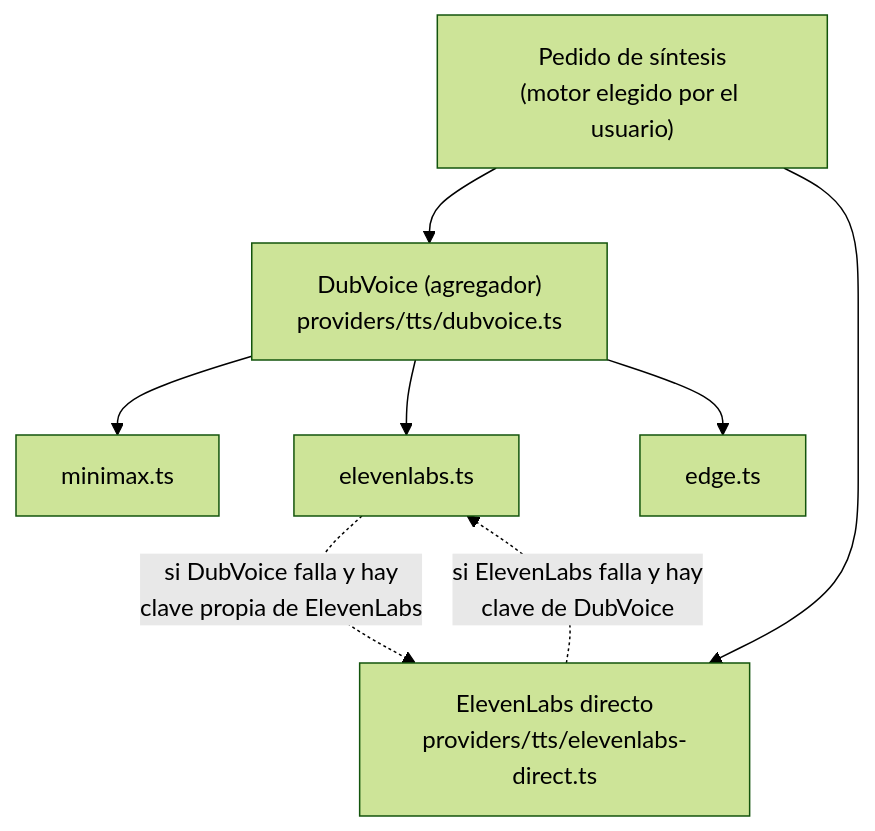
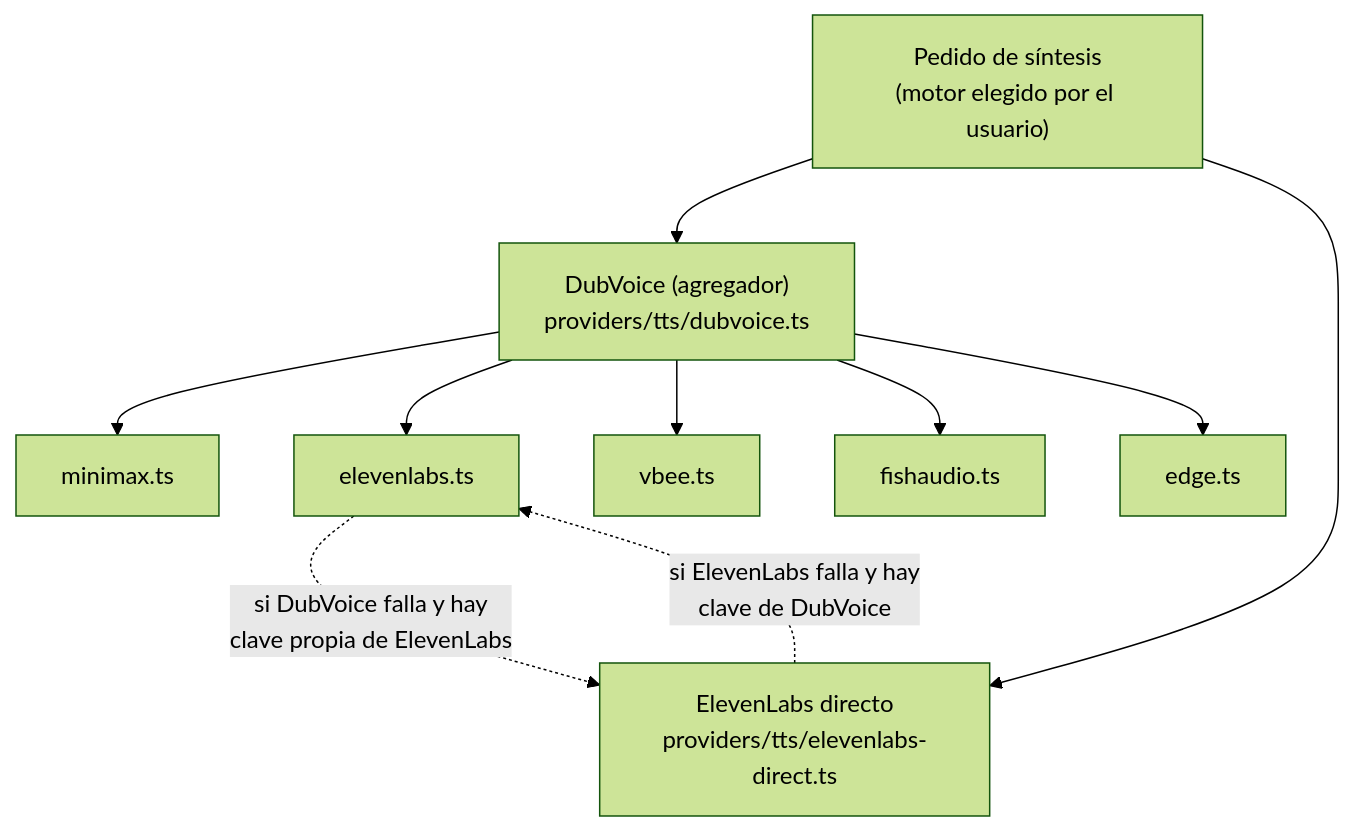
The sixth of 6 diagrams in docs/diagrams/PIPELINE.md (SCRIPZY-DEV/vimo), drawn with Mermaid (forest theme) before and after one commit. The commit also changed other lines of this file and 2 other files, not shown here.

Commit message:
feat: update documentation for Vbee and Fish Audio integration in DubVoice

````diff
--- a/docs/diagrams/PIPELINE.md
+++ b/docs/diagrams/PIPELINE.md
@@ -233,10 +233,12 @@
 ```mermaid
 flowchart TD
   narr["Pedido de síntesis<br/>(motor elegido por el usuario)"] --> dub["DubVoice (agregador)<br/>providers/tts/dubvoice.ts"]
   narr --> direct["ElevenLabs directo<br/>providers/tts/elevenlabs-direct.ts"]
   dub --> mini["minimax.ts"]
   dub --> el["elevenlabs.ts"]
+  dub --> vbee["vbee.ts"]
+  dub --> fish["fishaudio.ts"]
   dub --> edge["edge.ts"]
   el -. "si DubVoice falla y hay<br/>clave propia de ElevenLabs" .-> direct
   direct -. "si ElevenLabs falla y hay<br/>clave de DubVoice" .-> el
 ```
````
